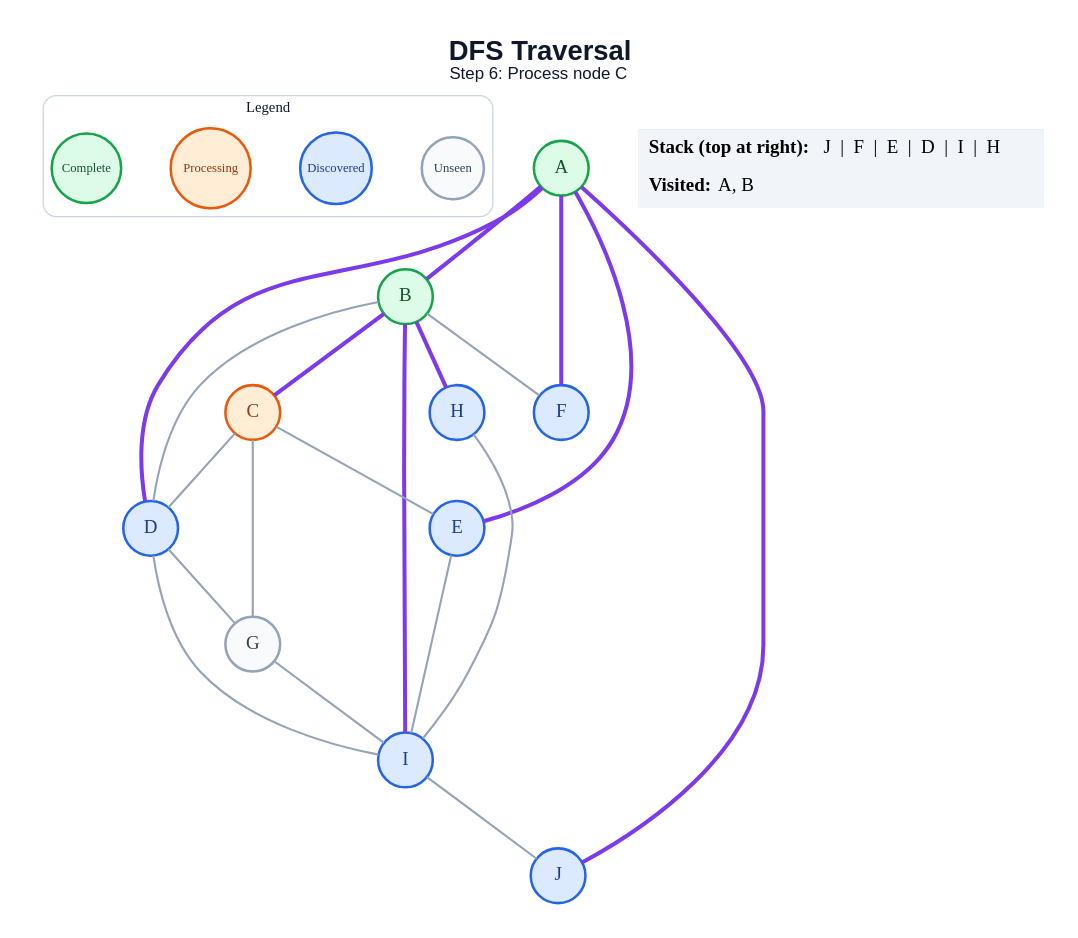
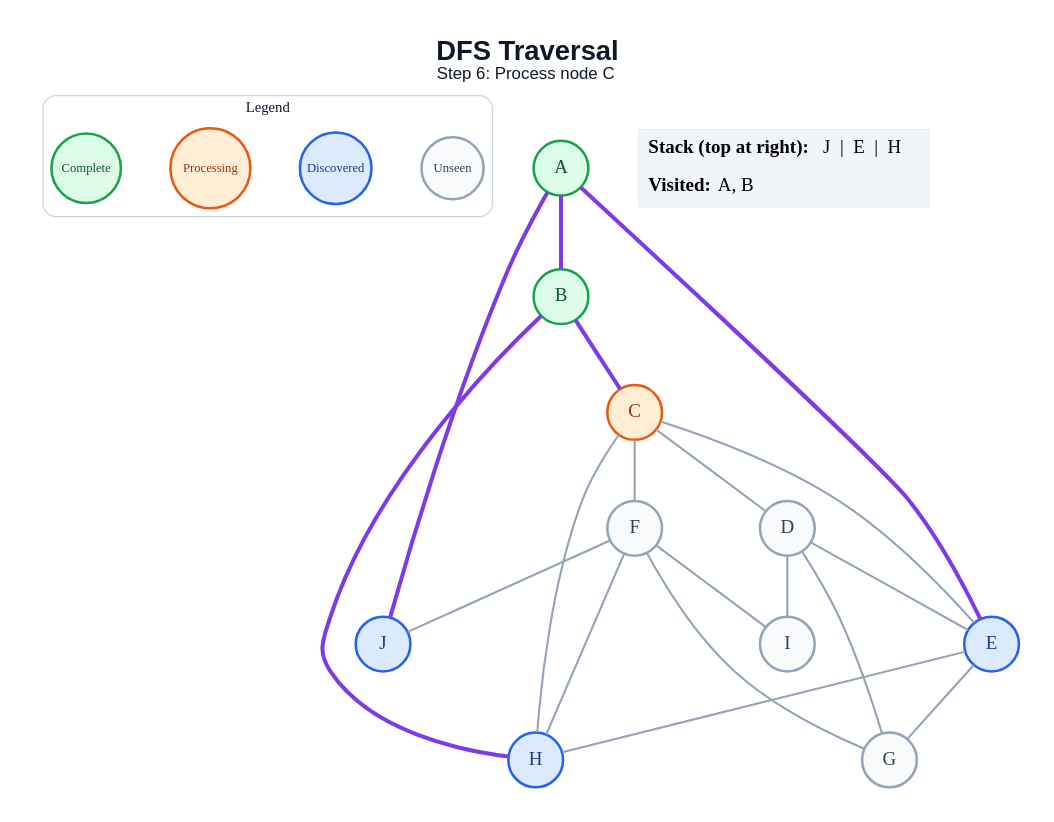
One commit to amanghodawala9/ai-slop changed the diagram in generated/dfs/step_06.dot. Above: the diagram before and after it, drawn with Graphviz. The commit also changed 178 other files, not shown here.

```diff
--- a/generated/dfs/step_06.dot
+++ b/generated/dfs/step_06.dot
@@ -1,48 +1,47 @@
 graph traversal {
   graph [layout=dot, rankdir=TB, bgcolor="#FFFFFF", pad="0.35", nodesep="0.65", ranksep="0.8", fontname="Arial"];
   node [shape=circle, style="filled", fontname="Arial Bold", fontsize=18, width=0.72, fixedsize=true, penwidth=2.4];
   edge [color="#94A3B8", penwidth=2.0];
   label=<<B>DFS Traversal</B><BR/><FONT POINT-SIZE="16">Step 6: Process node C</FONT>>; labelloc="t"; fontsize=26; fontname="Arial"; fontcolor="#0F172A";
   subgraph cluster_legend { label="Legend"; color="#CBD5E1"; penwidth=1.2; style="rounded"; fontsize=14; fontname="Arial Bold";
     key_unseen [label="Unseen", fillcolor="#F8FAFC", color="#94A3B8", fontcolor="#334155", fontsize=12, width=0.82];
     key_frontier [label="Discovered", fillcolor="#DBEAFE", color="#2563EB", fontcolor="#1E3A8A", fontsize=12, width=0.95];
     key_current [label="Processing", fillcolor="#FFEDD5", color="#EA580C", fontcolor="#9A3412", fontsize=12, width=1.05];
     key_done [label="Complete", fillcolor="#DCFCE7", color="#16A34A", fontcolor="#14532D", fontsize=12, width=0.92];
     { rank=same; key_unseen; key_frontier; key_current; key_done; }
   }
   A [fillcolor="#DCFCE7", color="#16A34A", fontcolor="#14532D"];
   B [fillcolor="#DCFCE7", color="#16A34A", fontcolor="#14532D"];
   C [fillcolor="#FFEDD5", color="#EA580C", fontcolor="#9A3412"];
-  D [fillcolor="#DBEAFE", color="#2563EB", fontcolor="#1E3A8A"];
+  D [fillcolor="#F8FAFC", color="#94A3B8", fontcolor="#334155"];
   E [fillcolor="#DBEAFE", color="#2563EB", fontcolor="#1E3A8A"];
-  F [fillcolor="#DBEAFE", color="#2563EB", fontcolor="#1E3A8A"];
+  F [fillcolor="#F8FAFC", color="#94A3B8", fontcolor="#334155"];
   G [fillcolor="#F8FAFC", color="#94A3B8", fontcolor="#334155"];
   H [fillcolor="#DBEAFE", color="#2563EB", fontcolor="#1E3A8A"];
-  I [fillcolor="#DBEAFE", color="#2563EB", fontcolor="#1E3A8A"];
+  I [fillcolor="#F8FAFC", color="#94A3B8", fontcolor="#334155"];
   J [fillcolor="#DBEAFE", color="#2563EB", fontcolor="#1E3A8A"];
   A -- B [color="#7C3AED", penwidth=3.8];
-  A -- D [color="#7C3AED", penwidth=3.8];
   A -- E [color="#7C3AED", penwidth=3.8];
-  A -- F [color="#7C3AED", penwidth=3.8];
   A -- J [color="#7C3AED", penwidth=3.8];
   B -- C [color="#7C3AED", penwidth=3.8];
-  B -- D;
-  B -- F;
   B -- H [color="#7C3AED", penwidth=3.8];
-  B -- I [color="#7C3AED", penwidth=3.8];
   C -- D;
   C -- E;
-  C -- G;
+  C -- F;
+  C -- H;
+  D -- E;
   D -- G;
   D -- I;
-  E -- I;
-  G -- I;
-  H -- I;
-  I -- J;
+  E -- G;
+  E -- H;
+  F -- G;
+  F -- H;
+  F -- I;
+  F -- J;
   status [shape=plain, fixedsize=false, width=0, height=0, margin=0, label=<
     <TABLE BORDER="0" CELLBORDER="0" CELLPADDING="7" BGCOLOR="#F1F5F9">
-      <TR><TD ALIGN="LEFT"><B>Stack (top at right):</B> J  |  F  |  E  |  D  |  I  |  H</TD></TR>
+      <TR><TD ALIGN="LEFT"><B>Stack (top at right):</B> J  |  E  |  H</TD></TR>
       <TR><TD ALIGN="LEFT"><B>Visited:</B> A, B</TD></TR>
     </TABLE>
   >];
 }
```
